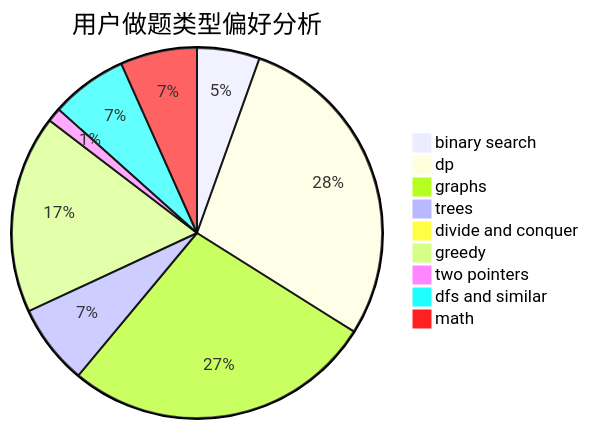
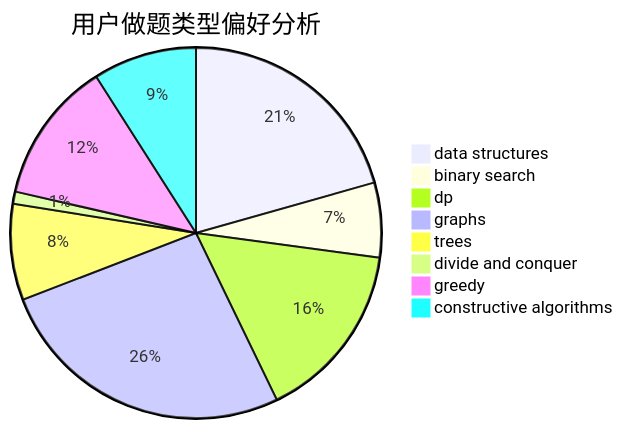
The second of 3 diagrams in docs/user/u506.md (sherpahu/cfrs.github.io), drawn with Mermaid before and after one commit. The commit also changed other lines of this file and 2775 other files, not shown here.

````diff
--- a/docs/user/u506.md
+++ b/docs/user/u506.md
@@ -23,12 +23,11 @@
 ```mermaid
 pie title 用户做题类型偏好分析
+    "data structures" :  155
     "binary search" :  49
-    "dp" :  255
-    "graphs" :  243
+    "dp" :  118
+    "graphs" :  198
     "trees" :  63
-    "divide and conquer" :  9
-    "greedy" :  155
-    "two pointers" :  11
-    "dfs and similar" :  60
-    "math" :  60
+    "divide and conquer" :  8
+    "greedy" :  93
+    "constructive algorithms" :  68
 ```
````
